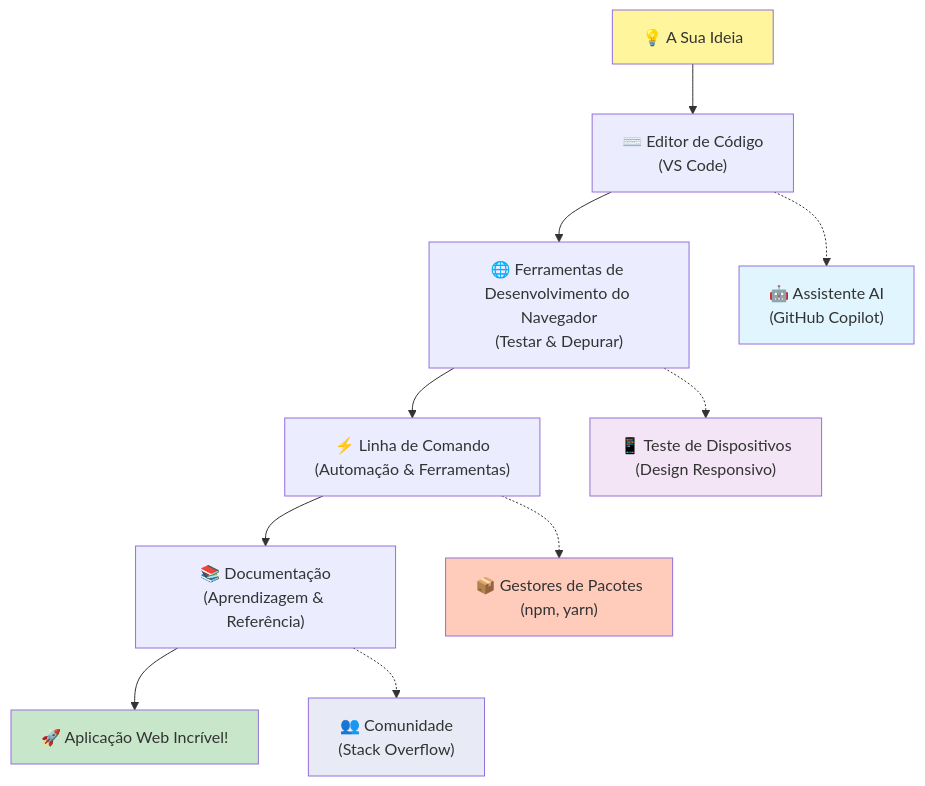
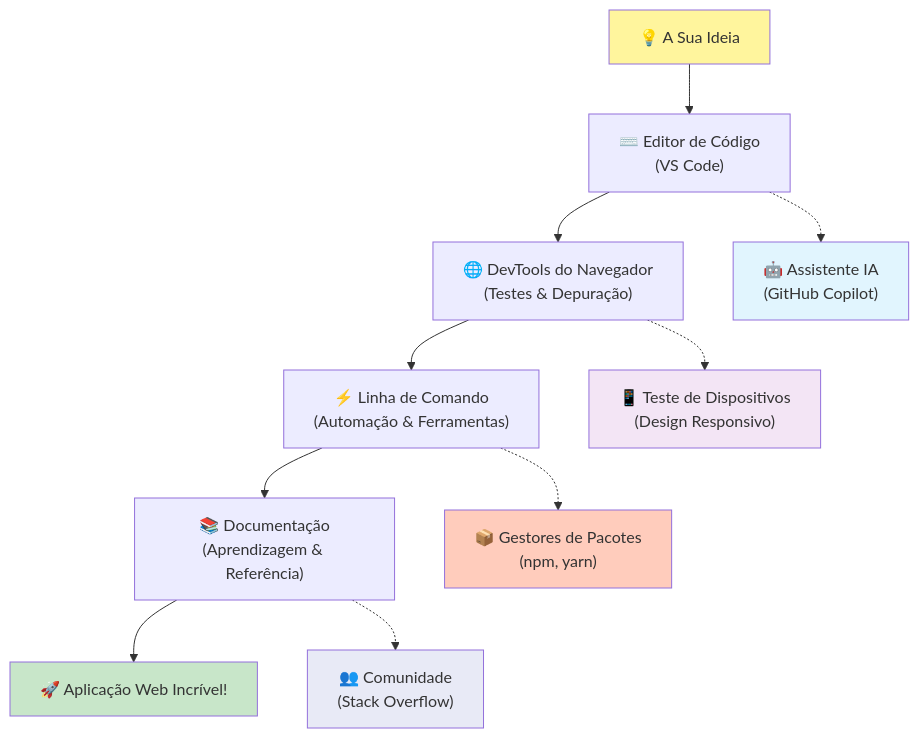
One commit to microsoft/Web-Dev-For-Beginners changed the fifth of 7 diagrams in translations/pt-PT/1-getting-started-lessons/1-intro-to-programming-languages/README.md. Above: the diagram before and after it, drawn with Mermaid. The commit also changed other lines of this file and 11 other files, not shown here.

````diff
--- a/translations/pt-PT/1-getting-started-lessons/1-intro-to-programming-languages/README.md
+++ b/translations/pt-PT/1-getting-started-lessons/1-intro-to-programming-languages/README.md
@@ -487,20 +488,20 @@
 ```mermaid
 graph TD
     A["💡 A Sua Ideia"] --> B["⌨️ Editor de Código<br/>(VS Code)"] 
-    B --> C["🌐 Ferramentas de Desenvolvimento do Navegador<br/>(Testar & Depurar)"]
+    B --> C["🌐 DevTools do Navegador<br/>(Testes & Depuração)"]
     C --> D["⚡ Linha de Comando<br/>(Automação & Ferramentas)"]
     D --> E["📚 Documentação<br/>(Aprendizagem & Referência)"]
     E --> F["🚀 Aplicação Web Incrível!"]
     
-    B -.-> G["🤖 Assistente AI<br/>(GitHub Copilot)"]
+    B -.-> G["🤖 Assistente IA<br/>(GitHub Copilot)"]
     C -.-> H["📱 Teste de Dispositivos<br/>(Design Responsivo)"]
     D -.-> I["📦 Gestores de Pacotes<br/>(npm, yarn)"]
     E -.-> J["👥 Comunidade<br/>(Stack Overflow)"]
     
     style A fill:#fff59d
     style F fill:#c8e6c9
     style G fill:#e1f5fe
     style H fill:#f3e5f5
     style I fill:#ffccbc
     style J fill:#e8eaf6
 ```
````
